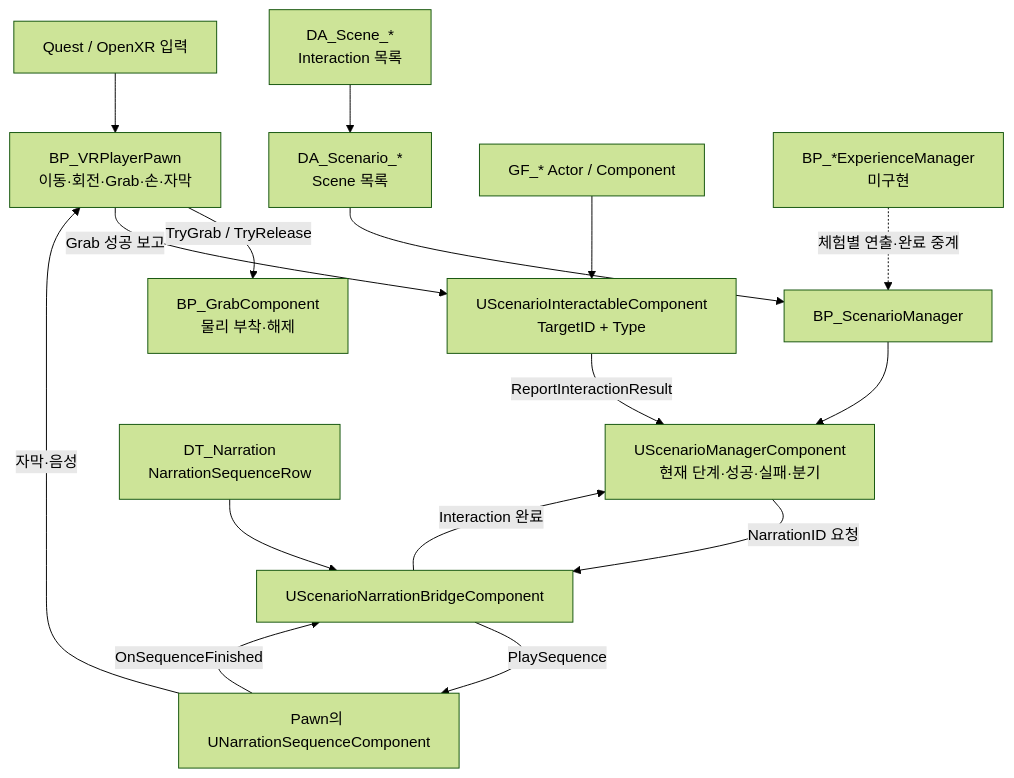
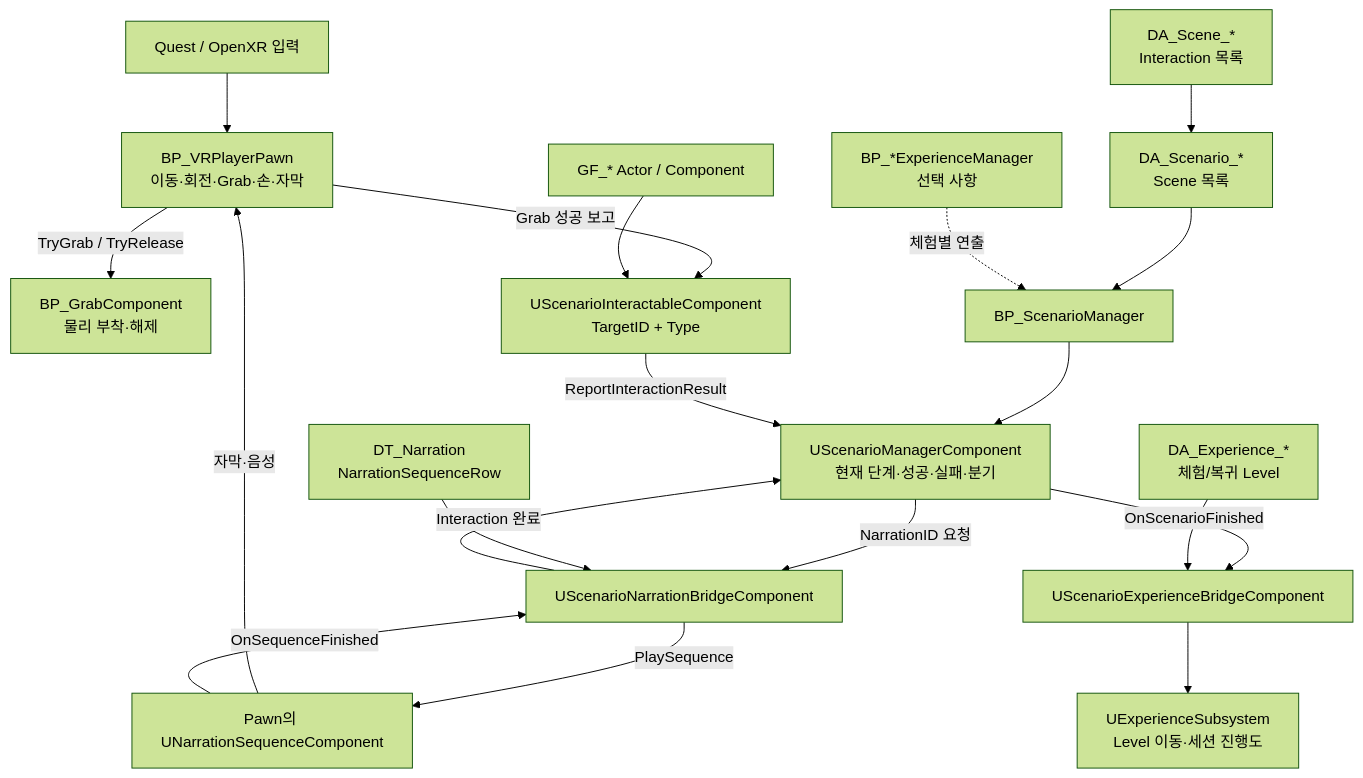
Before and after one commit to jihoon-c/SuwonSiegeContestVR: the first of 5 diagrams in docs/Main/plans/PLAYER_PAWN_SCENARIO_MANAGER_HANDOFF.md, drawn with Mermaid (forest theme). The commit also changed other lines of this file and 19 other files, not shown here.

````diff
--- a/docs/Main/plans/PLAYER_PAWN_SCENARIO_MANAGER_HANDOFF.md
+++ b/docs/Main/plans/PLAYER_PAWN_SCENARIO_MANAGER_HANDOFF.md
@@ -17,21 +17,24 @@
 ```mermaid
 flowchart TD
     Input["Quest / OpenXR 입력"] --> Pawn["BP_VRPlayerPawn<br/>이동·회전·Grab·손·자막"]
     Pawn -->|"TryGrab / TryRelease"| Grab["BP_GrabComponent<br/>물리 부착·해제"]
     Pawn -->|"Grab 성공 보고"| Target["UScenarioInteractableComponent<br/>TargetID + Type"]
 
     ScenarioAsset["DA_Scenario_*<br/>Scene 목록"] --> Manager["BP_ScenarioManager"]
     SceneAsset["DA_Scene_*<br/>Interaction 목록"] --> ScenarioAsset
     Manager --> Runtime["UScenarioManagerComponent<br/>현재 단계·성공·실패·분기"]
     Target -->|"ReportInteractionResult"| Runtime
 
     Runtime -->|"NarrationID 요청"| Bridge["UScenarioNarrationBridgeComponent"]
     NarrationTable["DT_Narration<br/>NarrationSequenceRow"] --> Bridge
     Bridge -->|"PlaySequence"| Narration["Pawn의 UNarrationSequenceComponent"]
     Narration -->|"자막·음성"| Pawn
     Narration -->|"OnSequenceFinished"| Bridge
     Bridge -->|"Interaction 완료"| Runtime
+    Runtime -->|"OnScenarioFinished"| ExpBridge["UScenarioExperienceBridgeComponent"]
+    ExpDef["DA_Experience_*<br/>체험/복귀 Level"] --> ExpBridge
+    ExpBridge --> Exp["UExperienceSubsystem<br/>Level 이동·세션 진행도"]
 
     Feature["GF_* Actor / Component"] --> Target
-    FeatureManager["BP_*ExperienceManager<br/>미구현"] -.->|"체험별 연출·완료 중계"| Manager
+    FeatureManager["BP_*ExperienceManager<br/>선택 사항"] -.->|"체험별 연출"| Manager
 ```
````
